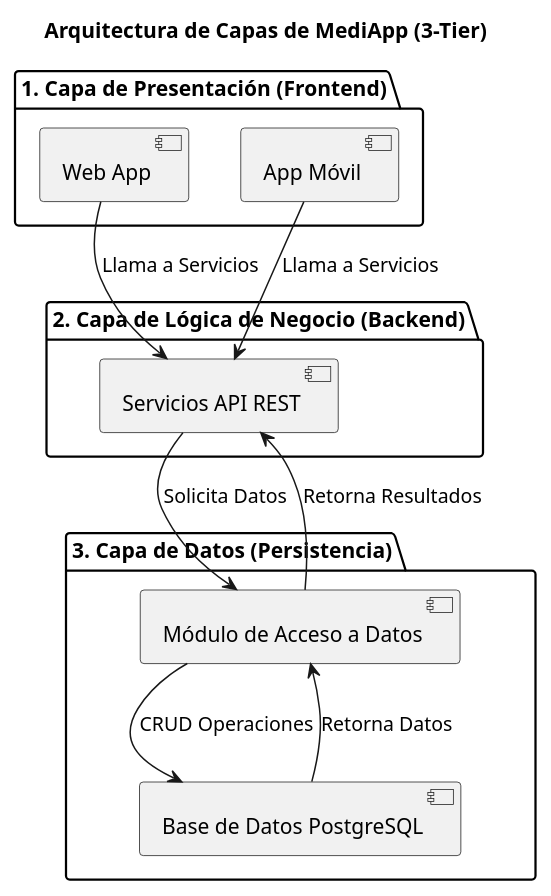
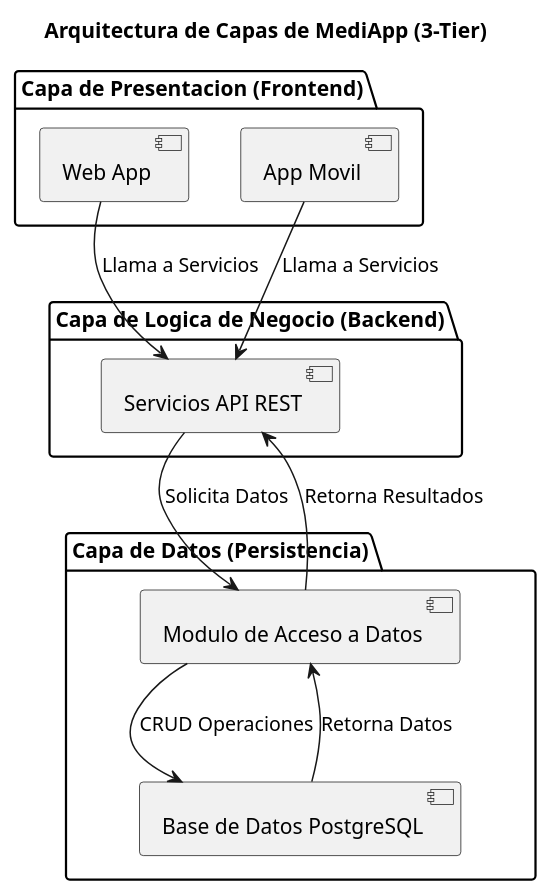
The diagram in diagramas-proyecto-final/arquitectura.plantuml (marielyfloriang26/Proyecto-final-ADS-Mariely-Florian-2025-1184), drawn with PlantUML before and after one commit. The commit also changed 1 other file, not shown here.

```diff
--- a/diagramas-proyecto-final/arquitectura.plantuml
+++ b/diagramas-proyecto-final/arquitectura.plantuml
@@ -1,28 +1,28 @@
 @startuml
 title Arquitectura de Capas de MediApp (3-Tier)
 
-package "1. Capa de Presentación (Frontend)" {
+package "Capa de Presentacion (Frontend)" {
     [Web App] as FrontEnd
-    [App Móvil] as Mobile
+    [App Movil] as Mobile
 }
 
-package "2. Capa de Lógica de Negocio (Backend)" {
+package "Capa de Logica de Negocio (Backend)" {
     [Servicios API REST] as BackEnd
 }
 
-package "3. Capa de Datos (Persistencia)" {
-    [Módulo de Acceso a Datos] as DAO
+package "Capa de Datos (Persistencia)" {
+    [Modulo de Acceso a Datos] as DAO
     [Base de Datos PostgreSQL] as DB
 }
 
 ' Flujos de Comunicación
 FrontEnd --> BackEnd : Llama a Servicios
 Mobile --> BackEnd : Llama a Servicios
 
 BackEnd --> DAO : Solicita Datos
 DAO --> DB : CRUD Operaciones
 
 DB --> DAO : Retorna Datos
 DAO --> BackEnd : Retorna Resultados
 
 @enduml
```
